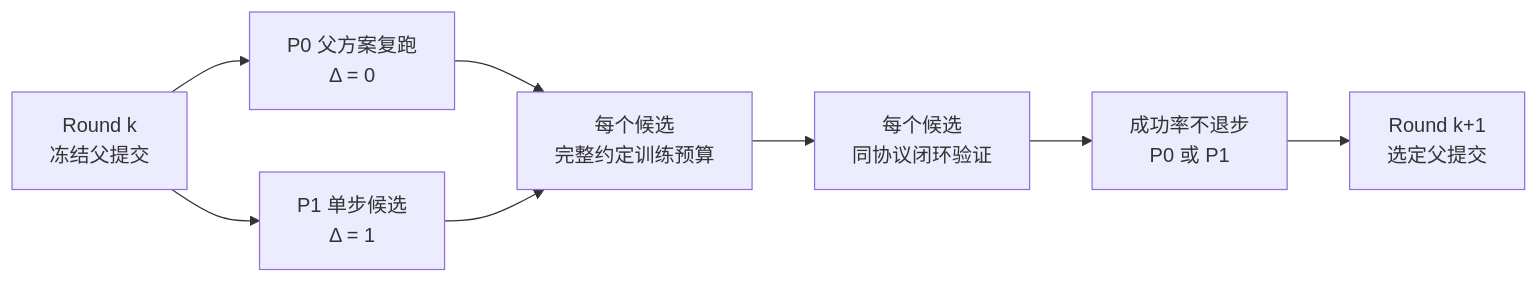
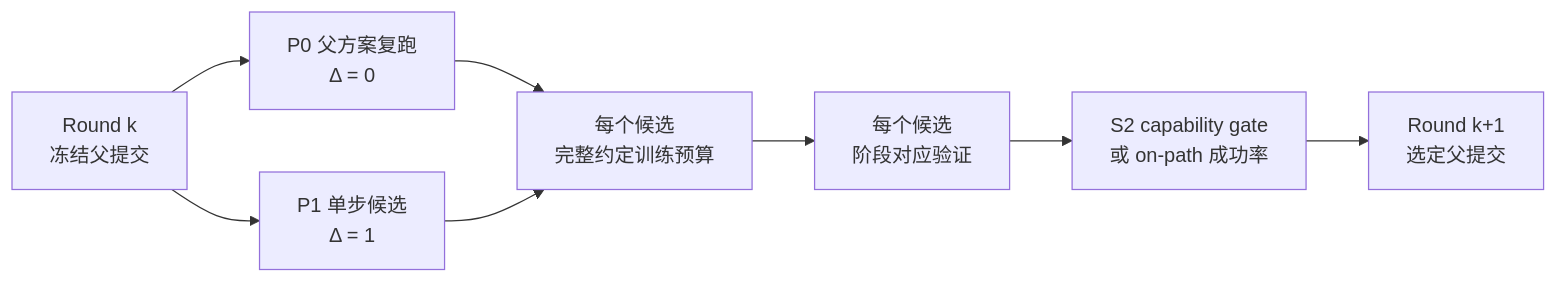
Before and after one commit to Jeong-zju/before-we-act: the second of 2 diagrams in docs/plans/20260725_P1_MULTI_ROBOT_MODEL_ARCHITECTURE_ACTION_GENERATION_ROADMAP_V2.0_ZH.md, drawn with Mermaid. The commit also changed other lines of this file, not shown here.

Commit message:
docs: define S2 world-model capability gates

````diff
--- a/docs/plans/20260725_P1_MULTI_ROBOT_MODEL_ARCHITECTURE_ACTION_GENERATION_ROADMAP_V2.0_ZH.md
+++ b/docs/plans/20260725_P1_MULTI_ROBOT_MODEL_ARCHITECTURE_ACTION_GENERATION_ROADMAP_V2.0_ZH.md
@@ -189,14 +189,14 @@
 ```mermaid
 flowchart LR
     P["Round k<br/>冻结父提交"]
     P0["P0 父方案复跑<br/>Δ = 0"]
     P1["P1 单步候选<br/>Δ = 1"]
     T["每个候选<br/>完整约定训练预算"]
-    E["每个候选<br/>同协议闭环验证"]
-    S["成功率不退步<br/>P0 或 P1"]
+    E["每个候选<br/>阶段对应验证"]
+    S["S2 capability gate<br/>或 on-path 成功率"]
     N["Round k+1<br/>选定父提交"]
 
     P --> P0 --> T
     P --> P1 --> T
     T --> E --> S --> N
 ```
````
